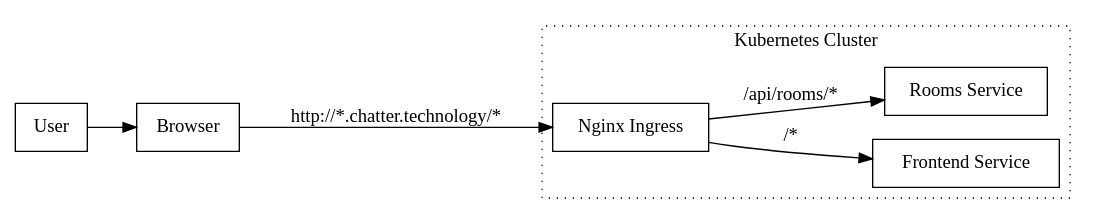
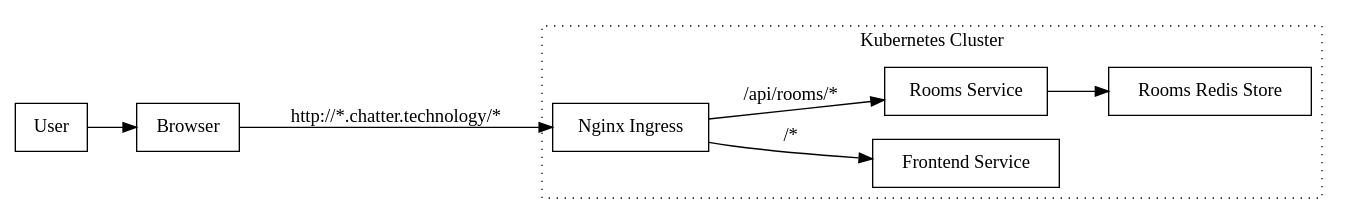
The diagram in doc/architecture.dot (dgp1130/chatter), drawn with Graphviz before and after one commit. The commit also changed 19 other files, not shown here.

First line of the commit message:
Connects RoomsService to Redis data store.

```diff
--- a/doc/architecture.dot
+++ b/doc/architecture.dot
@@ -1,22 +1,24 @@
 digraph Architecture {
     node [shape=rectangle]
     rankdir = LR
 
     "User";
     "Browser";
 
     "User" -> "Browser";
     "Browser" -> "Nginx Ingress" [label="http://*.chatter.technology/*"];
 
     subgraph cluster_k8s {
         label = "Kubernetes Cluster";
         style = "dotted";
 
         "Nginx Ingress";
         "Frontend Service";
         "Rooms Service";
+        "Rooms Redis Store";
 
         "Nginx Ingress" -> "Frontend Service" [label="/*"];
         "Nginx Ingress" -> "Rooms Service" [label="/api/rooms/*"];
+        "Rooms Service" -> "Rooms Redis Store"
     }
 }
```
